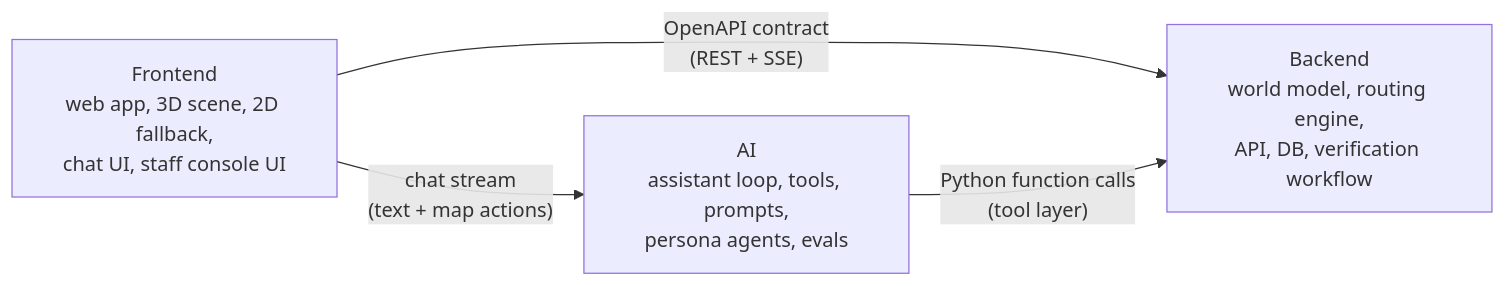
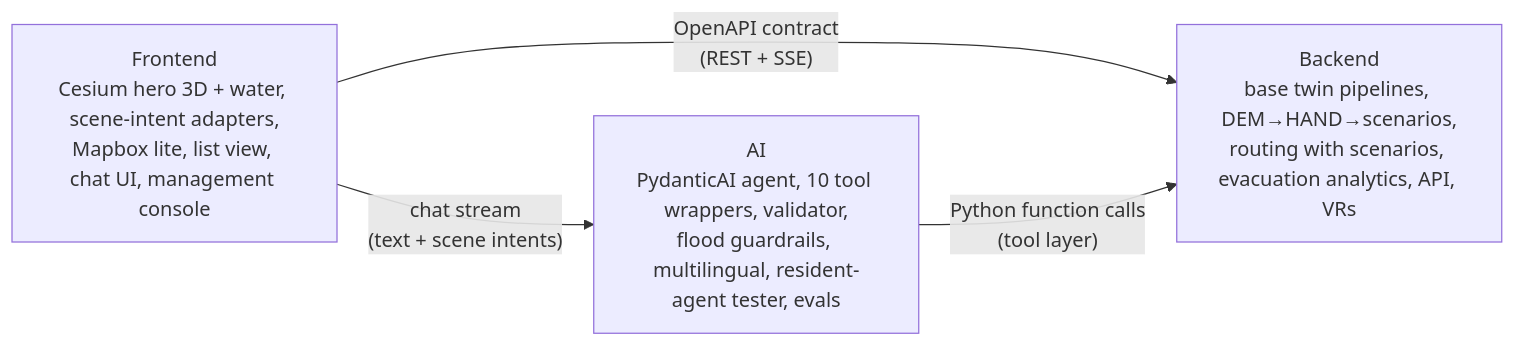
The diagram in docs/05-team/roles.md (TIONYUNZHE2004/SunNewBee), drawn with Mermaid before and after one commit. The commit also changed other lines of this file and 38 other files, not shown here.

````diff
--- a/docs/05-team/roles.md
+++ b/docs/05-team/roles.md
@@ -5,9 +5,9 @@
 ```mermaid
 flowchart LR
-  FE["Frontend<br/>web app, 3D scene, 2D fallback,<br/>chat UI, staff console UI"]
-  BE["Backend<br/>world model, routing engine,<br/>API, DB, verification workflow"]
-  AI["AI<br/>assistant loop, tools, prompts,<br/>persona agents, evals"]
+  FE["Frontend<br/>Cesium hero 3D + water, scene-intent adapters,<br/>Mapbox lite, list view, chat UI, management console"]
+  BE["Backend<br/>base twin pipelines, DEM→HAND→scenarios,<br/>routing with scenarios, evacuation analytics, API, VRs"]
+  AI["AI<br/>PydanticAI agent, 10 tool wrappers, validator,<br/>flood guardrails, multilingual, resident-agent tester, evals"]
   FE -- "OpenAPI contract<br/>(REST + SSE)" --> BE
   AI -- "Python function calls<br/>(tool layer)" --> BE
-  FE -- "chat stream<br/>(text + map actions)" --> AI
+  FE -- "chat stream<br/>(text + scene intents)" --> AI
 ```
````
